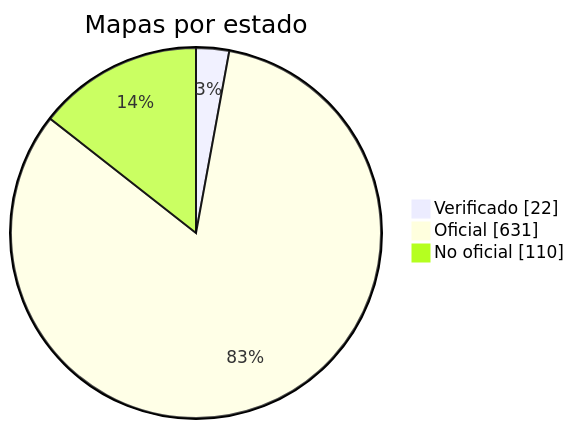
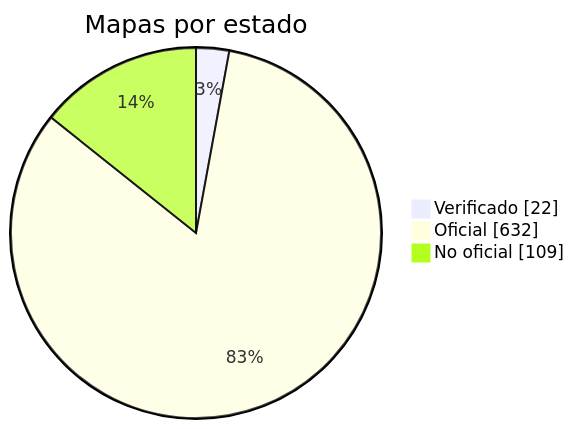
Before and after one commit to nobrega8/mbmap-library: the diagram in docs/readme/README_ES.md, drawn with Mermaid. The commit also changed 6 other files, not shown here.

````diff
--- a/docs/readme/README_ES.md
+++ b/docs/readme/README_ES.md
@@ -54,7 +54,7 @@
 ```mermaid
 pie showData
     title Mapas por estado
     "Verificado" : 22
-    "Oficial" : 631
-    "No oficial" : 110
+    "Oficial" : 632
+    "No oficial" : 109
 ```
````
